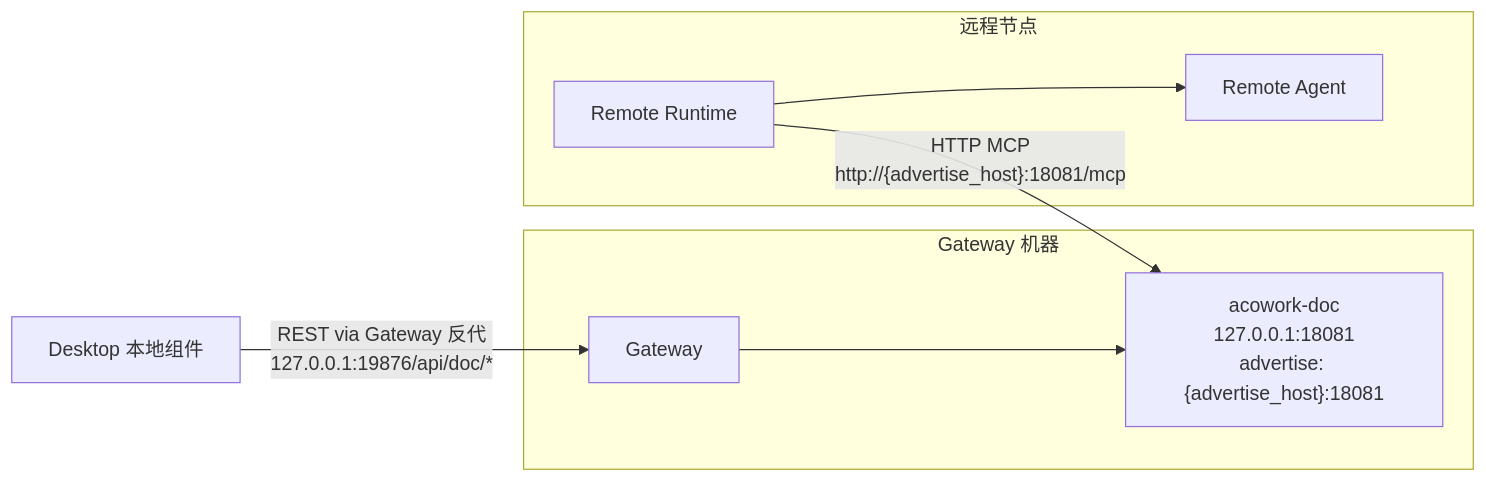
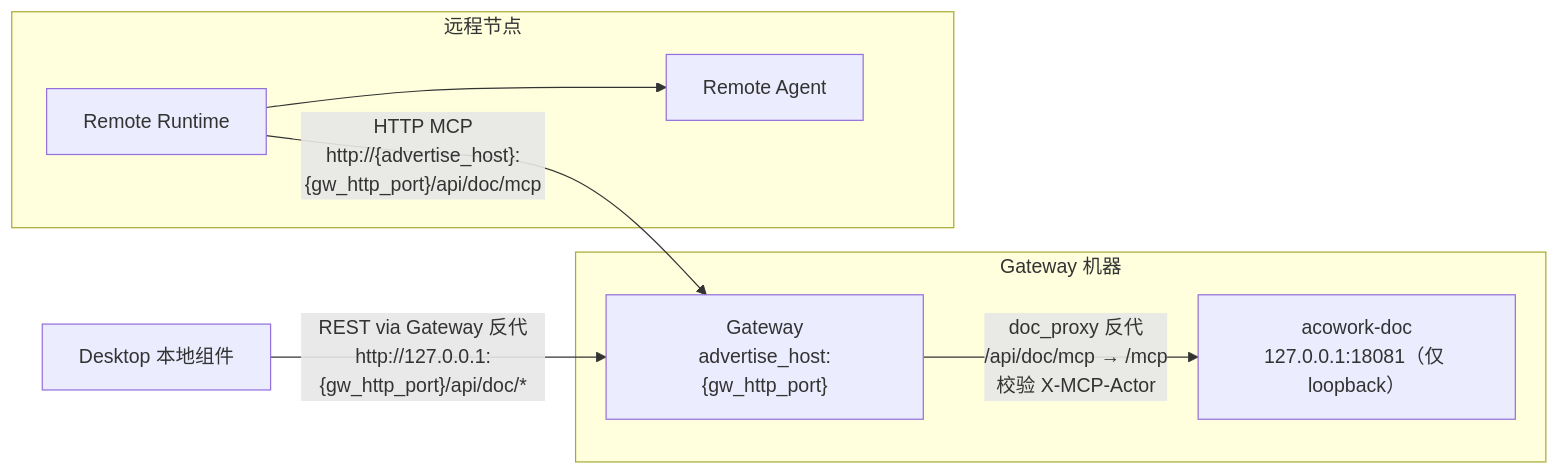
One commit to tranxon/ACowork changed the second of 2 diagrams in docs/design/zh/20-doc-online-document.md. Above: the diagram before and after it, drawn with Mermaid. The commit also changed other lines of this file and 1 other file, not shown here.

````diff
--- a/docs/design/zh/20-doc-online-document.md
+++ b/docs/design/zh/20-doc-online-document.md
@@ -264,15 +265,15 @@
 ```mermaid
 graph LR
     subgraph Gateway 机器
-        GW[Gateway]
-        DOC["acowork-doc<br/>127.0.0.1:18081<br/>advertise: {advertise_host}:18081"]
-        GW --> DOC
+        GW["Gateway<br/>advertise_host:{gw_http_port}"]
+        DOC["acowork-doc<br/>127.0.0.1:18081（仅 loopback）"]
+        GW -->|"doc_proxy 反代<br/>/api/doc/mcp → /mcp<br/>校验 X-MCP-Actor"| DOC
     end
     subgraph 远程节点
         R[Remote Runtime]
         A[Remote Agent]
         R --> A
     end
-    R -- "HTTP MCP<br/>http://{advertise_host}:18081/mcp" --> DOC
-    DESK[Desktop 本地组件] -- "REST via Gateway 反代<br/>127.0.0.1:19876/api/doc/*" --> GW
+    R -- "HTTP MCP<br/>http://{advertise_host}:{gw_http_port}/api/doc/mcp" --> GW
+    DESK[Desktop 本地组件] -- "REST via Gateway 反代<br/>http://127.0.0.1:{gw_http_port}/api/doc/*" --> GW
 ```
````
